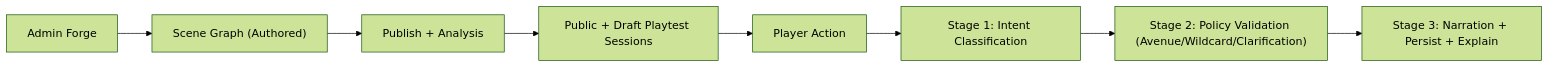
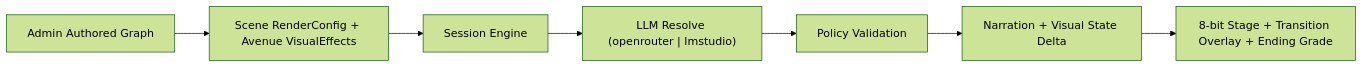
The first of 2 diagrams in README.md (aamir-nus/lumina-quest), drawn with Mermaid (forest theme) before and after one commit. The commit also changed other lines of this file and 6 other files, not shown here.

````diff
--- a/README.md
+++ b/README.md
@@ -7,10 +7,9 @@
 ```mermaid
 flowchart LR
-  A["Admin Forge"] --> B["Scene Graph (Authored)"]
-  B --> C["Publish + Analysis"]
-  C --> D["Public + Draft Playtest Sessions"]
-  D --> E["Player Action"]
-  E --> F["Stage 1: Intent Classification"]
-  F --> G["Stage 2: Policy Validation (Avenue/Wildcard/Clarification)"]
-  G --> H["Stage 3: Narration + Persist + Explain"]
+  A["Admin Authored Graph"] --> B["Scene RenderConfig + Avenue VisualEffects"]
+  B --> C["Session Engine"]
+  C --> D["LLM Resolve (openrouter | lmstudio)"]
+  D --> E["Policy Validation"]
+  E --> F["Narration + Visual State Delta"]
+  F --> G["8-bit Stage + Transition Overlay + Ending Grade"]
 ```
````
